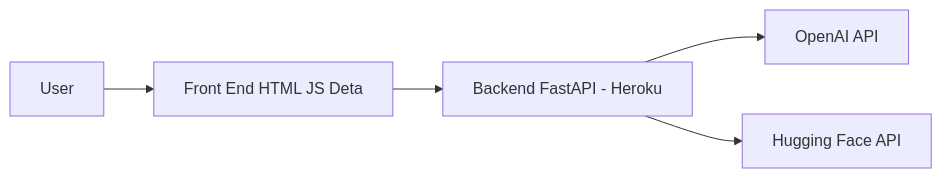
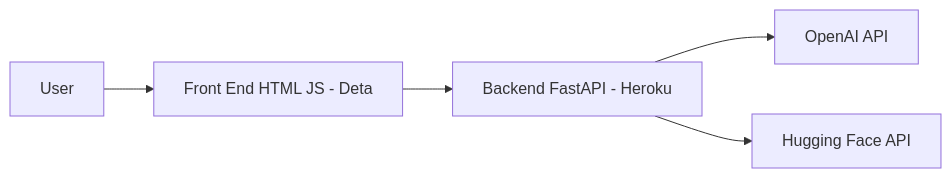
The diagram in README.md (bcigdemoglu/affirmations), drawn with Mermaid before and after one commit.

Commit message:
Improve readme

````diff
--- a/README.md
+++ b/README.md
@@ -25,7 +25,7 @@
 ```mermaid
 graph LR
-    user[User] --> frontEnd[Front End HTML JS Deta]
+    user[User] --> frontEnd[Front End HTML JS - Deta]
     frontEnd --> backEnd[Backend FastAPI - Heroku]
     backEnd --> openAI[OpenAI API]
     backEnd --> huggingFace[Hugging Face API]
 ```
````
